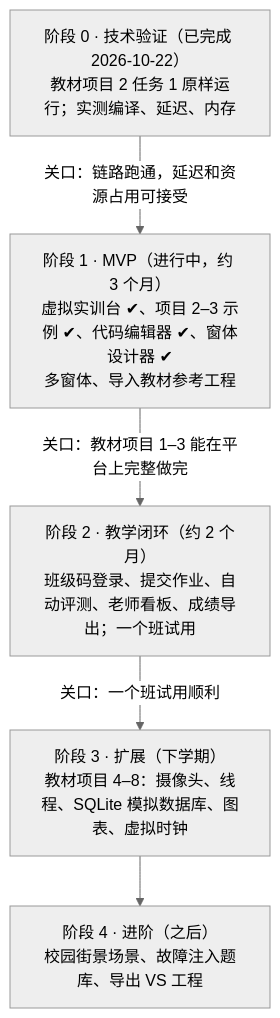
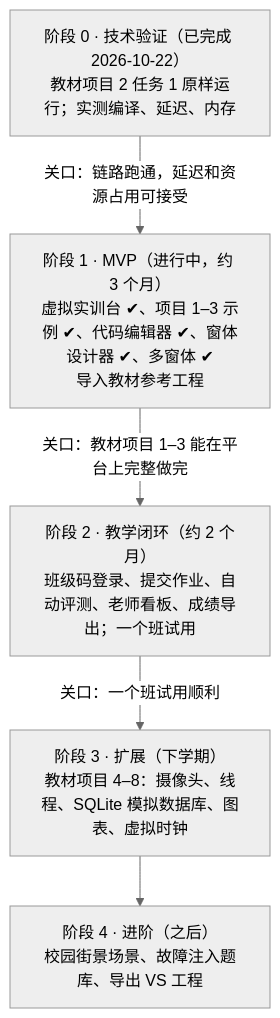
Before and after one commit to yuetsh/IOT_SIM: the second of 2 diagrams in docs/设计方案.md, drawn with Mermaid (neutral theme). The commit also changed other lines of this file and 18 other files, not shown here.

````diff
--- a/docs/设计方案.md
+++ b/docs/设计方案.md
@@ -227,12 +227,12 @@
 ```mermaid
 flowchart TB
   P0["阶段 0 · 技术验证（已完成 2026-10-22）<br/>教材项目 2 任务 1 原样运行；实测编译、延迟、内存"]
-  P1["阶段 1 · MVP（进行中，约 3 个月）<br/>虚拟实训台 ✔、项目 2–3 示例 ✔、代码编辑器 ✔、窗体设计器 ✔<br/>多窗体、导入教材参考工程"]
+  P1["阶段 1 · MVP（进行中，约 3 个月）<br/>虚拟实训台 ✔、项目 1–3 示例 ✔、代码编辑器 ✔、窗体设计器 ✔、多窗体 ✔<br/>导入教材参考工程"]
   P2["阶段 2 · 教学闭环（约 2 个月）<br/>班级码登录、提交作业、自动评测、老师看板、成绩导出；一个班试用"]
   P3["阶段 3 · 扩展（下学期）<br/>教材项目 4–8：摄像头、线程、SQLite 模拟数据库、图表、虚拟时钟"]
   P4["阶段 4 · 进阶（之后）<br/>校园街景场景、故障注入题库、导出 VS 工程"]
   P0 -->|"关口：链路跑通，延迟和资源占用可接受"| P1
   P1 -->|"关口：教材项目 1–3 能在平台上完整做完"| P2
   P2 -->|"关口：一个班试用顺利"| P3
   P3 --> P4
 ```
````
